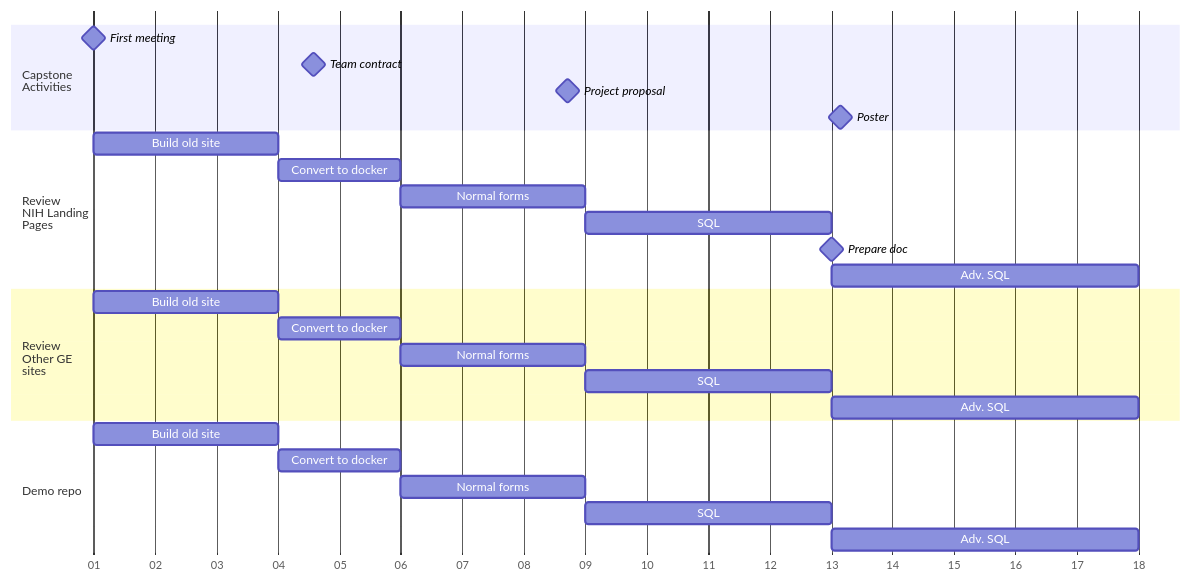
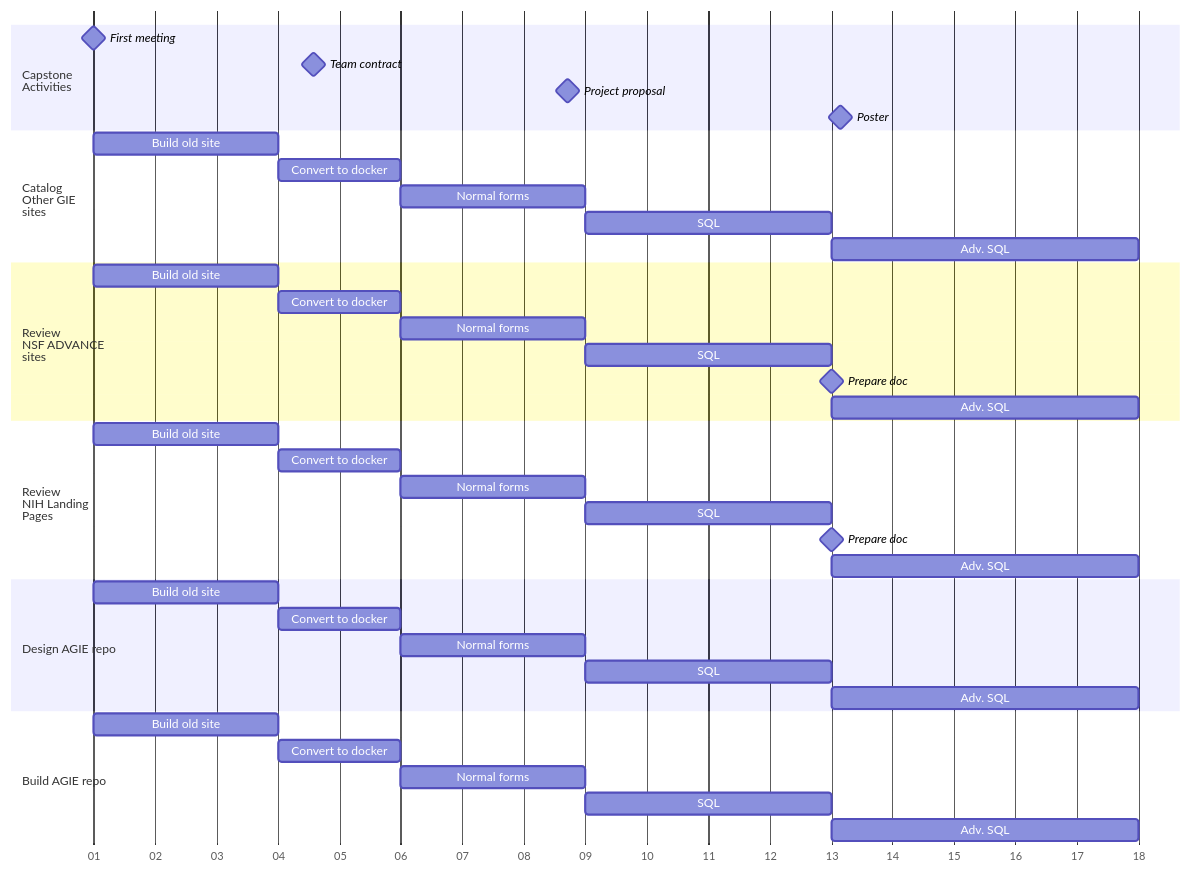
One commit to VCU-CS-Capstone/CS-25-307-AGIE-follow-on changed the diagram in website/_gantt.qmd. Above: the diagram before and after it, drawn with Mermaid. The commit also changed 5 other files, not shown here.

````diff
--- a/website/_gantt.qmd
+++ b/website/_gantt.qmd
@@ -18,33 +18,49 @@
 ```{mermaid}
 gantt
     dateFormat  M/DD/YYYY
     axisFormat  %W
 
     section Capstone<br/>Activities
     First meeting: milestone, ca1, 1/7/2024, 0
     Team contract: milestone, ca2, 2/1/2024, 0
     Project proposal: milestone, ca3, 3/1/2024, 0
     Poster: milestone, ca4, 4/1/2024, 0
 
+    section Catalog<br/>Other GIE<br/>sites
+    Build old site : m1, 1/7/2024, 3w
+    Convert to docker: m4, after m1, 2w
+    Normal forms: m5, after m4, 3w
+    SQL : m6, after m5, 4w
+    Adv. SQL: m7, after m6, 5w
+
+    section Review<br/>NSF ADVANCE<br/>sites
+    Build old site : m1, 1/7/2024, 3w
+    Convert to docker: m4, after m1, 2w
+    Normal forms: m5, after m4, 3w
+    SQL : m6, after m5, 4w
+    Prepare doc: milestone,m55, after m6, milestone
+    Adv. SQL: m7, after m6, 5w
+
     section Review<br/>NIH Landing<br/>Pages
     Build old site : m1, 1/7/2024, 3w
     Convert to docker: m4, after m1, 2w
     Normal forms: m5, after m4, 3w
     SQL : m6, after m5, 4w
     Prepare doc: milestone,m55, after m6, milestone
     Adv. SQL: m7, after m6, 5w
 
-    section Review<br/>Other GE<br/>sites
+    section Design AGIE repo
     Build old site : m1, 1/7/2024, 3w
     Convert to docker: m4, after m1, 2w
     Normal forms: m5, after m4, 3w
     SQL : m6, after m5, 4w
     Adv. SQL: m7, after m6, 5w
 
-    section Demo repo
+
+    section Build AGIE repo
     Build old site : m1, 1/7/2024, 3w
     Convert to docker: m4, after m1, 2w
     Normal forms: m5, after m4, 3w
     SQL : m6, after m5, 4w
     Adv. SQL: m7, after m6, 5w
 ```
````
